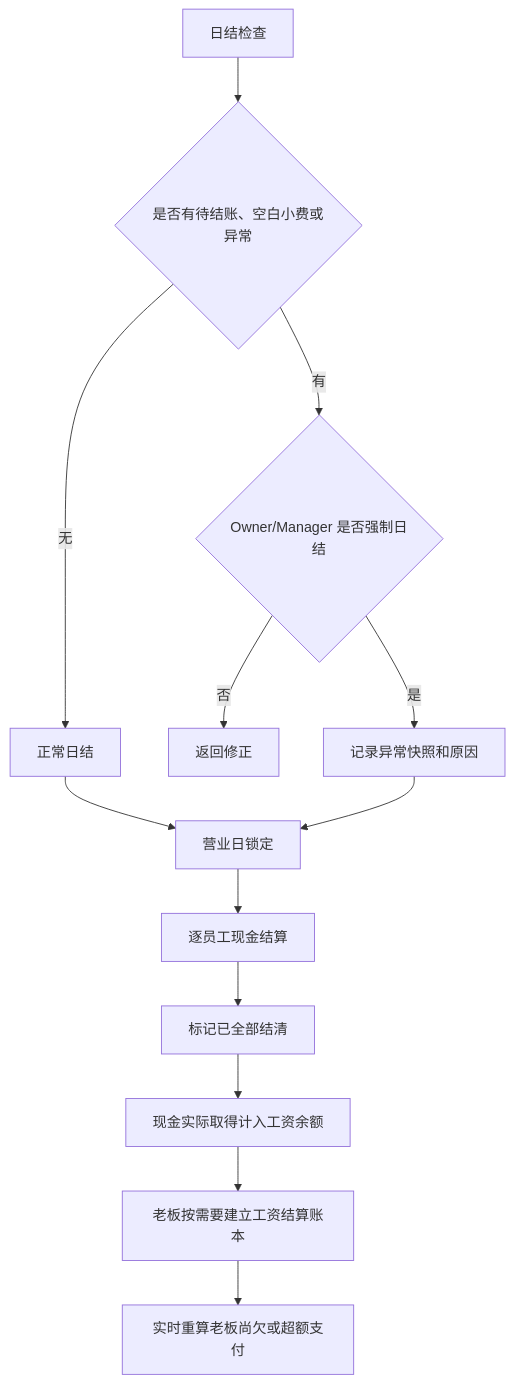
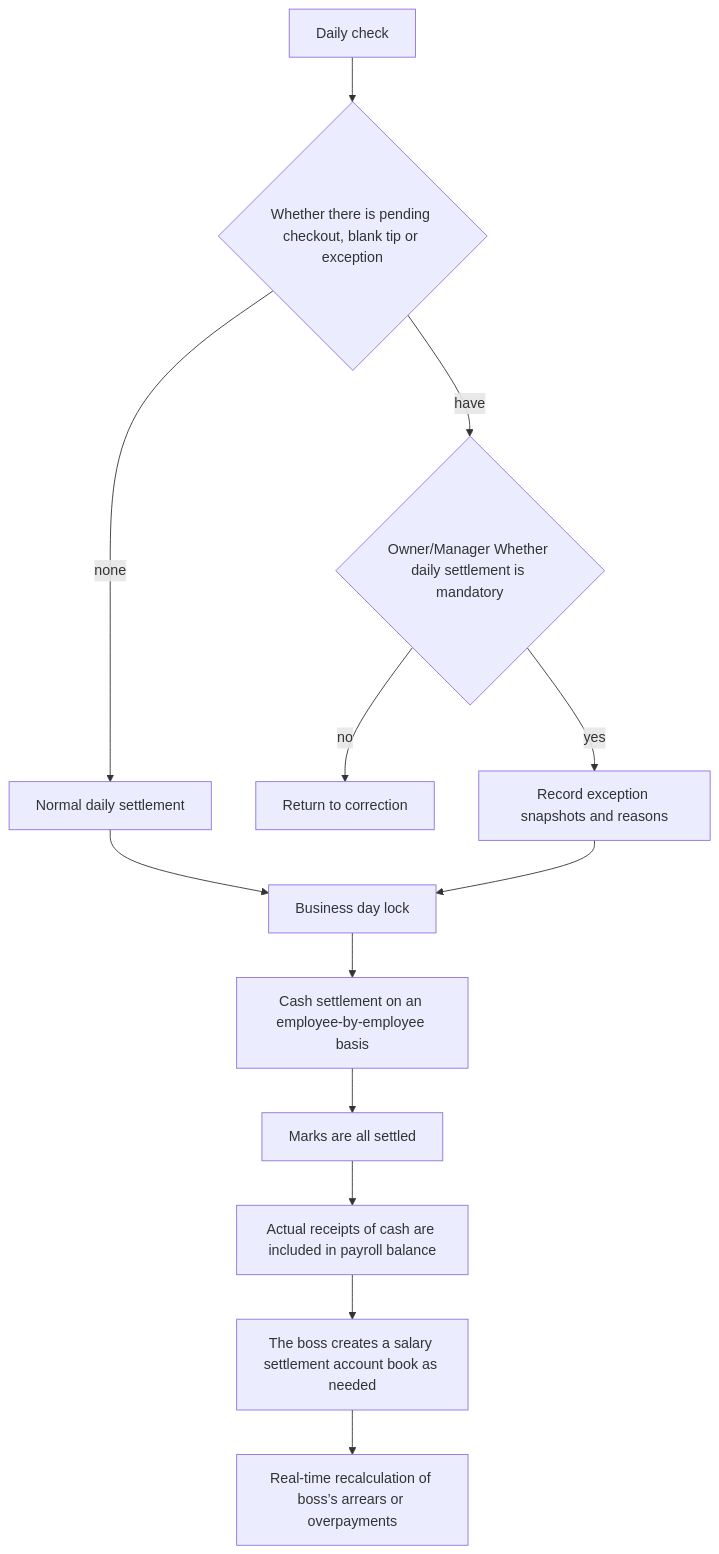
One commit to Redonkatonkk/massage-note changed the fourth of 6 diagrams in docs/archive/INITIAL_ARCHITECTURE_PLAN.md. Above: the diagram before and after it, drawn with Mermaid. The commit also changed other lines of this file and 118 other files, not shown here.

````diff
--- a/docs/archive/INITIAL_ARCHITECTURE_PLAN.md
+++ b/docs/archive/INITIAL_ARCHITECTURE_PLAN.md
@@ -198,15 +224,15 @@
 ```mermaid
 flowchart TD
-    A["日结检查"] --> B{"是否有待结账、空白小费或异常"}
-    B -- 无 --> C["正常日结"]
-    B -- 有 --> D{"Owner/Manager 是否强制日结"}
-    D -- 否 --> E["返回修正"]
-    D -- 是 --> F["记录异常快照和原因"]
-    C --> G["营业日锁定"]
+    A["Daily check"] --> B{"Whether there is pending checkout, blank tip or exception"}
+    B -- none --> C["Normal daily settlement"]
+    B -- have --> D{"Owner/Manager Whether daily settlement is mandatory"}
+    D -- no --> E["Return to correction"]
+    D -- yes --> F["Record exception snapshots and reasons"]
+    C --> G["Business day lock"]
     F --> G
-    G --> H["逐员工现金结算"]
-    H --> I["标记已全部结清"]
-    I --> J["现金实际取得计入工资余额"]
-    J --> K["老板按需要建立工资结算账本"]
-    K --> L["实时重算老板尚欠或超额支付"]
+    G --> H["Cash settlement on an employee-by-employee basis"]
+    H --> I["Marks are all settled"]
+    I --> J["Actual receipts of cash are included in payroll balance"]
+    J --> K["The boss creates a salary settlement account book as needed"]
+    K --> L["Real-time recalculation of boss’s arrears or overpayments"]
 ```
````
